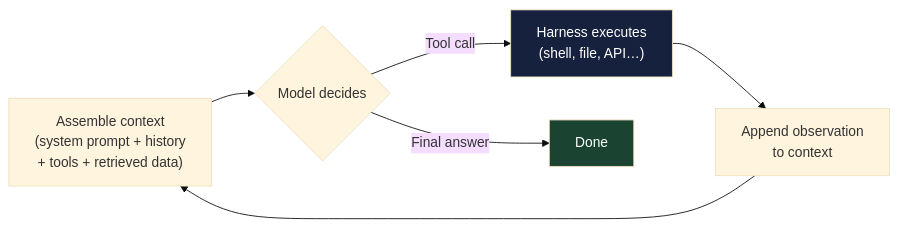
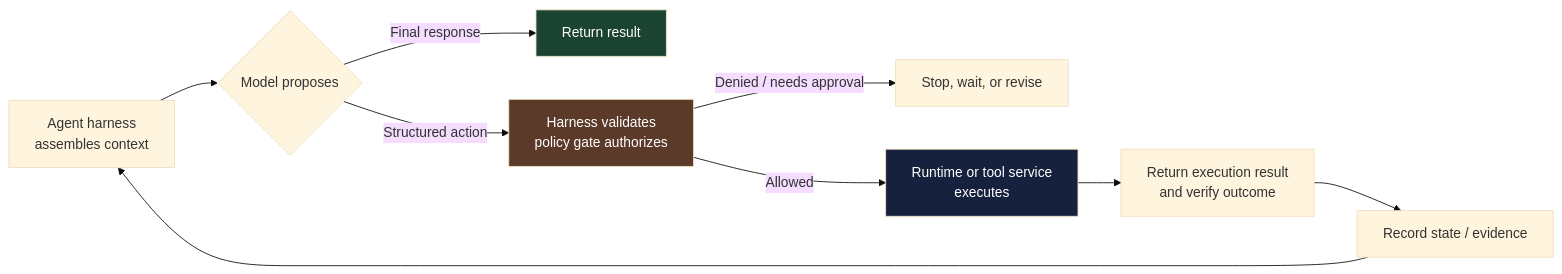
The diagram in agent-harness/01-what-is-an-agent-harness.md (Jin-Fang/Agentic-AI-Study), drawn with Mermaid (base theme) before and after one commit. The commit also changed other lines of this file and 131 other files, not shown here.

Commit message:
Revise and align Foundations and Agent Harness books

````diff
--- a/agent-harness/01-what-is-an-agent-harness.md
+++ b/agent-harness/01-what-is-an-agent-harness.md
@@ -19,11 +28,15 @@
 ```mermaid
 flowchart LR
-    A["Assemble context<br/>(system prompt + history<br/>+ tools + retrieved data)"] --> B{"Model decides"}
-    B -->|"Tool call"| C["Harness executes<br/>(shell, file, API…)"]
-    C --> D["Append observation<br/>to context"]
-    D --> A
-    B -->|"Final answer"| E["Done"]
+    A["Agent harness<br/>assembles context"] --> B{"Model proposes"}
+    B -->|"Final response"| F["Return result"]
+    B -->|"Structured action"| C["Harness validates<br/>policy gate authorizes"]
+    C -->|"Denied / needs approval"| G["Stop, wait, or revise"]
+    C -->|"Allowed"| D["Runtime or tool service<br/>executes"]
+    D --> E["Return execution result<br/>and verify outcome"]
+    E --> H["Record state / evidence"]
+    H --> A
 
-    style C fill:#16213e,color:#fff
-    style E fill:#1b4332,color:#fff
+    style C fill:#5b3a29,color:#fff
+    style D fill:#16213e,color:#fff
+    style F fill:#1b4332,color:#fff
 ```
````
